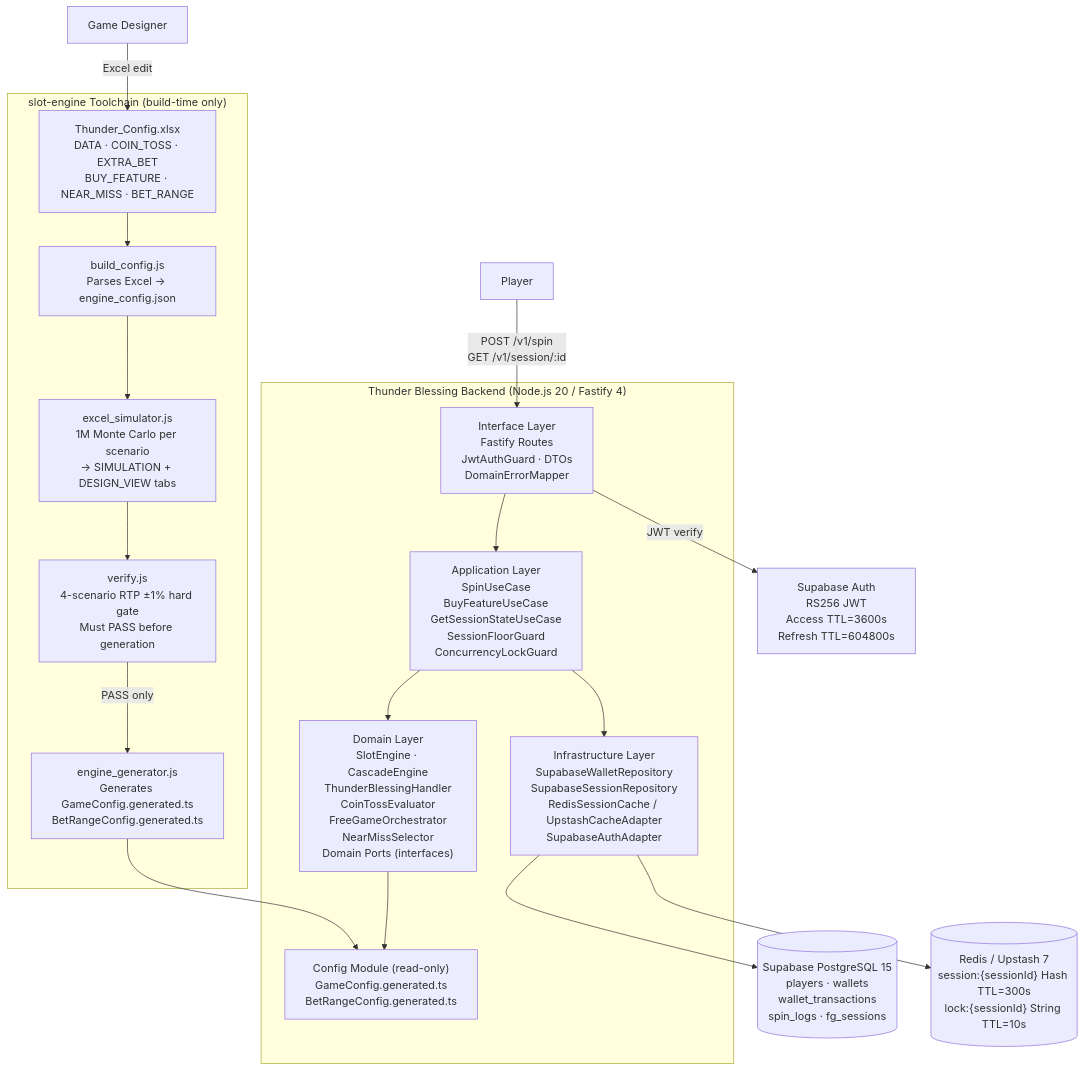
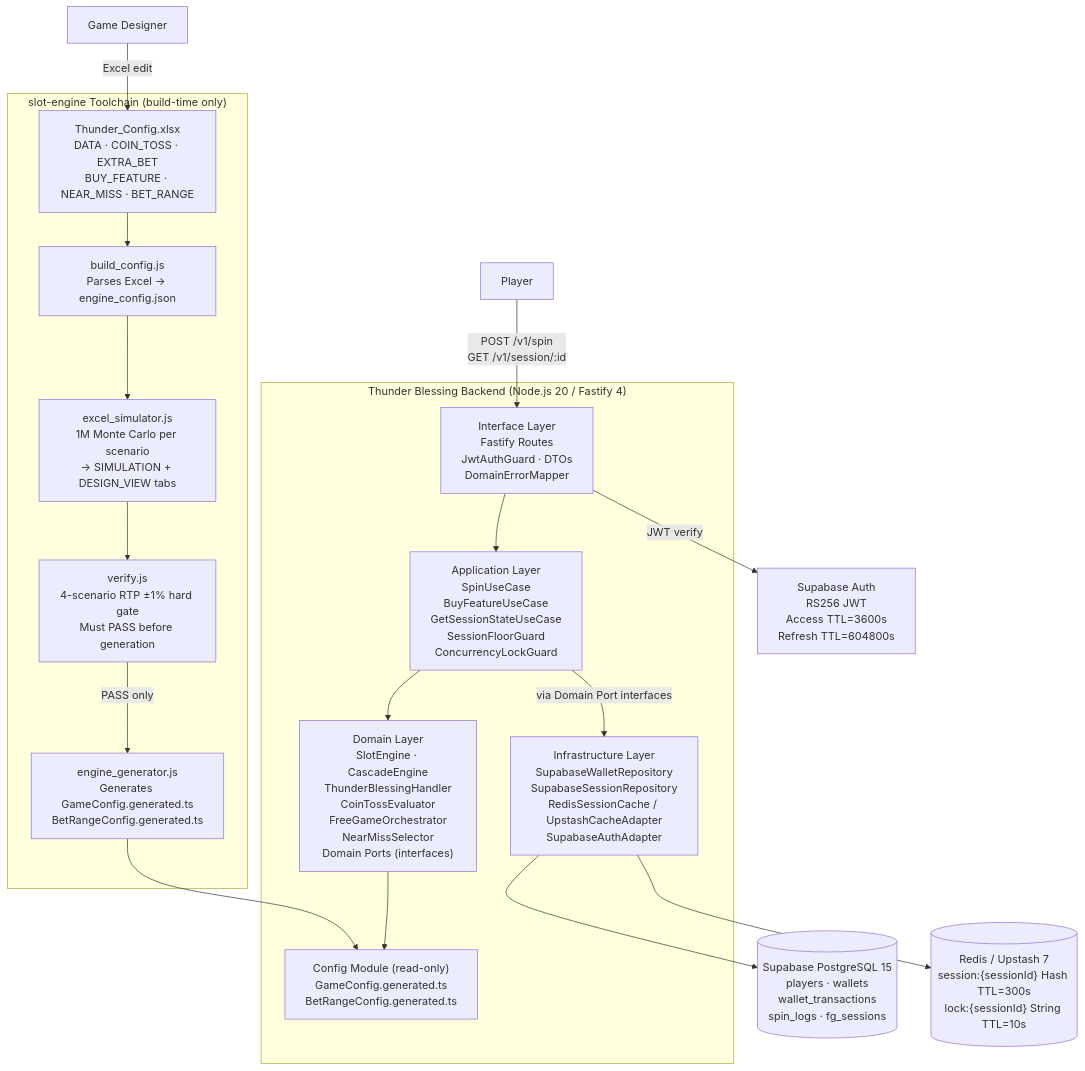
One commit to ibalasite/slot changed the second of 7 diagrams in docs/ARCH.md. Above: the diagram before and after it, drawn with Mermaid. The commit also changed other lines of this file, not shown here.

````diff
--- a/docs/ARCH.md
+++ b/docs/ARCH.md
@@ -367,40 +370,40 @@
 ```mermaid
 graph TD
     Player["Player"]
     Operator["Game Designer"]
 
     subgraph Backend["Thunder Blessing Backend (Node.js 20 / Fastify 4)"]
         API["Interface Layer\nFastify Routes\nJwtAuthGuard · DTOs\nDomainErrorMapper"]
         APP["Application Layer\nSpinUseCase\nBuyFeatureUseCase\nGetSessionStateUseCase\nSessionFloorGuard\nConcurrencyLockGuard"]
         DOMAIN["Domain Layer\nSlotEngine · CascadeEngine\nThunderBlessingHandler\nCoinTossEvaluator\nFreeGameOrchestrator\nNearMissSelector\nDomain Ports (interfaces)"]
         INFRA["Infrastructure Layer\nSupabaseWalletRepository\nSupabaseSessionRepository\nRedisSessionCache / UpstashCacheAdapter\nSupabaseAuthAdapter"]
         CONFIG["Config Module (read-only)\nGameConfig.generated.ts\nBetRangeConfig.generated.ts"]
     end
 
     subgraph Toolchain["slot-engine Toolchain (build-time only)"]
         XLSX["Thunder_Config.xlsx\nDATA · COIN_TOSS · EXTRA_BET\nBUY_FEATURE · NEAR_MISS · BET_RANGE"]
         BUILD["build_config.js\nParses Excel → engine_config.json"]
         SIM["excel_simulator.js\n1M Monte Carlo per scenario\n→ SIMULATION + DESIGN_VIEW tabs"]
         VERIFY["verify.js\n4-scenario RTP ±1% hard gate\nMust PASS before generation"]
         GEN["engine_generator.js\nGenerates GameConfig.generated.ts\nBetRangeConfig.generated.ts"]
     end
 
     SupaDB[("Supabase PostgreSQL 15\nplayers · wallets\nwallet_transactions\nspin_logs · fg_sessions")]
     RedisDB[("Redis / Upstash 7\nsession:{sessionId} Hash TTL=300s\nlock:{sessionId} String TTL=10s")]
     SupaAuth["Supabase Auth\nRS256 JWT\nAccess TTL=3600s\nRefresh TTL=604800s"]
 
     Player -->|"POST /v1/spin\nGET /v1/session/:id"| API
     Operator -->|"Excel edit"| XLSX
     API --> APP
     APP --> DOMAIN
-    APP --> INFRA
+    APP -->|"via Domain Port interfaces"| INFRA
     DOMAIN --> CONFIG
     INFRA --> SupaDB
     INFRA --> RedisDB
     API -->|"JWT verify"| SupaAuth
     XLSX --> BUILD
     BUILD --> SIM
     SIM --> VERIFY
     VERIFY -->|"PASS only"| GEN
     GEN --> CONFIG
 ```
````
